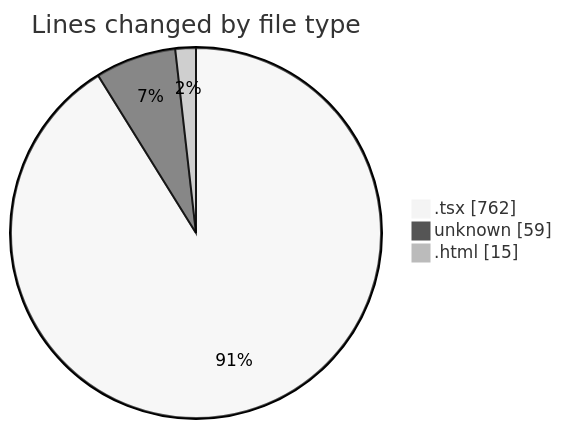
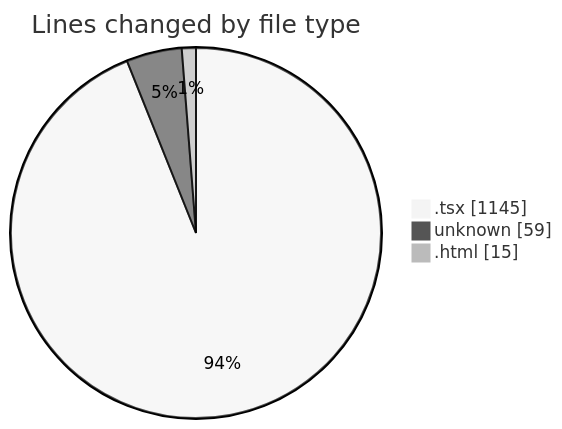
Before and after one commit to JenPaints/code-tracking: the first of 2 diagrams in 2025-06-23/archive/README.md, drawn with Mermaid (neutral theme). The commit also changed other lines of this file and 1 other file, not shown here.

````diff
--- a/2025-06-23/archive/README.md
+++ b/2025-06-23/archive/README.md
@@ -22,7 +23,7 @@
 ```mermaid
 pie showData
 title Lines changed by file type
-".tsx" : 762
+".tsx" : 1145
 "unknown" : 59
 ".html" : 15
 ```
````
